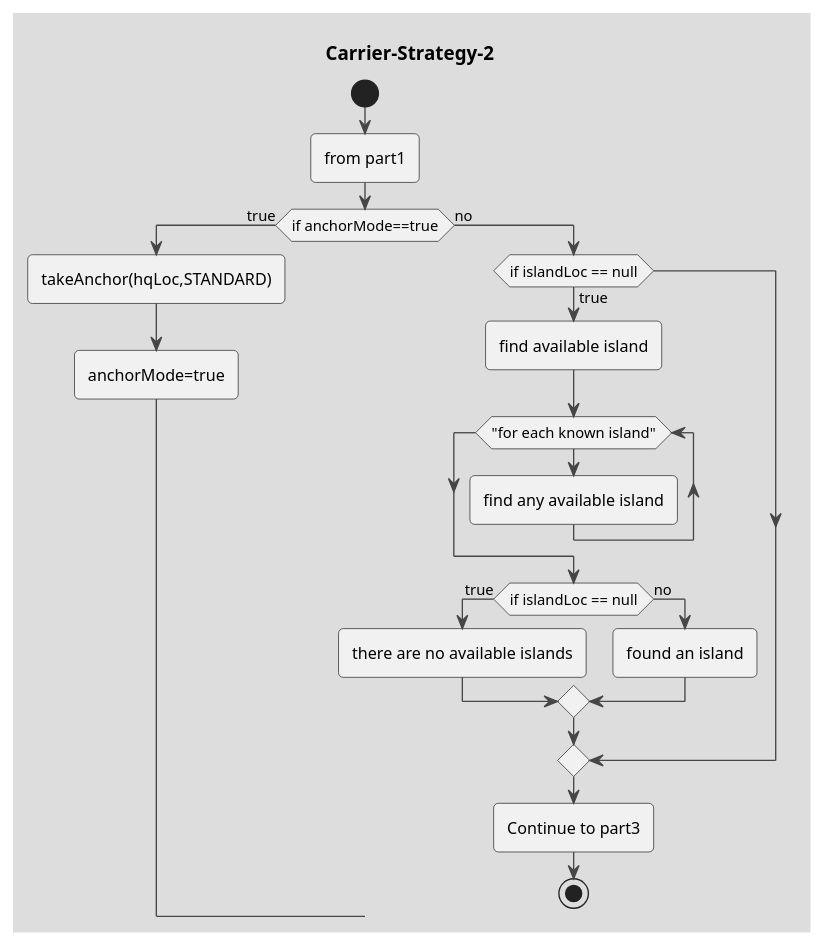
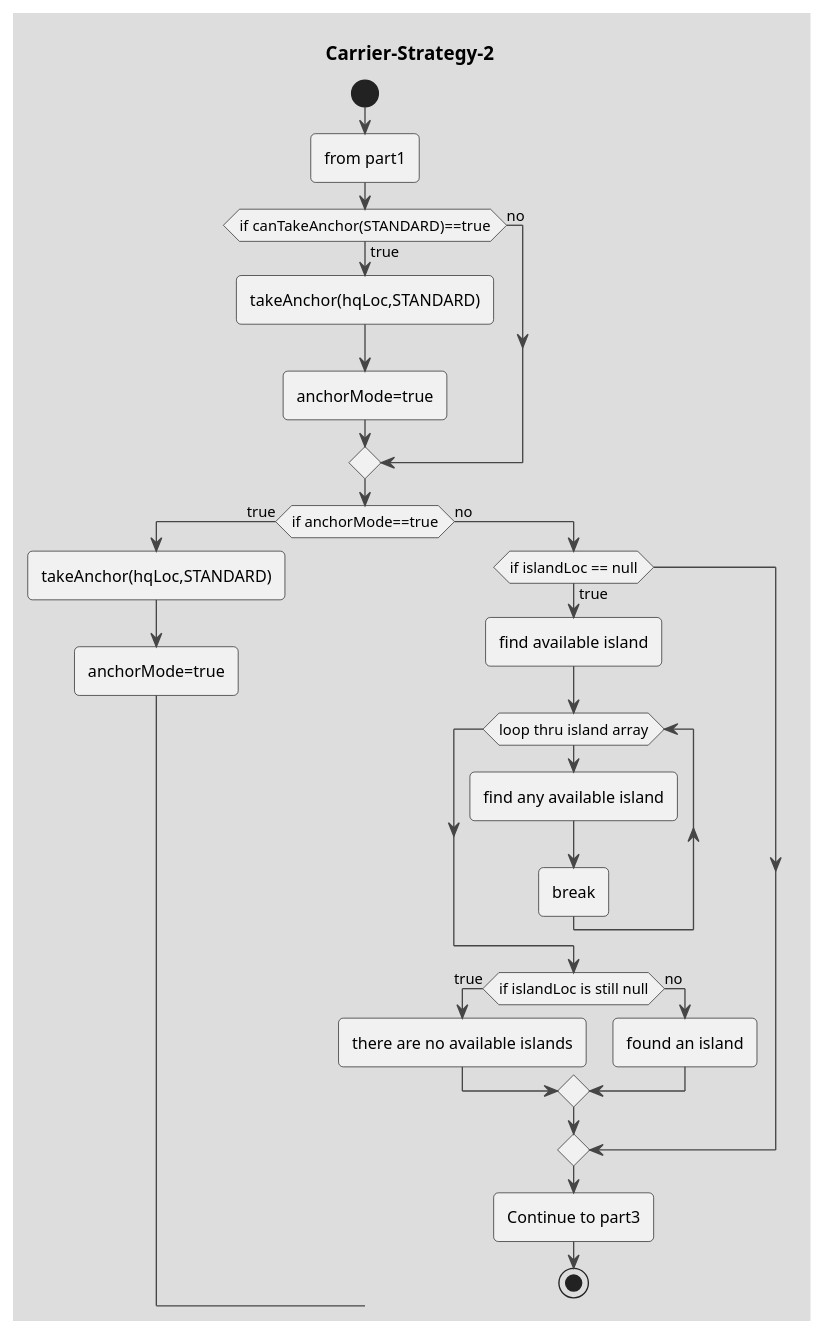
One commit to coding-to-music/plantuml-diagram-examples changed the diagram in drawings/Carrier-Stategy-2.puml. Above: the diagram before and after it, drawn with PlantUML. The commit also changed 3 other files, not shown here.

```diff
--- a/drawings/Carrier-Stategy-2.puml
+++ b/drawings/Carrier-Stategy-2.puml
@@ -1,26 +1,33 @@
 @startuml Carrier-Strategy-2
 !theme toy 
 title Carrier-Strategy-2
 start
 
 :from part1; 
 
+if (if canTakeAnchor(STANDARD)==true) then (true) 
+    :takeAnchor(hqLoc,STANDARD); 
+    :anchorMode=true;
+else (no)
+endif
+
 if (if anchorMode==true) then (true) 
     :takeAnchor(hqLoc,STANDARD); 
     :anchorMode=true;
 else (no)
     if(if islandLoc == null) then (true)
     :find available island;
-    while ("for each known island")
+    while (loop thru island array)
         :find any available island;
+        :break;
     endwhile  
-    if(if islandLoc == null) then (true)
+    if(if islandLoc is still null) then (true)
     :there are no available islands;
     else (no)
     :found an island;
     endif
 endif
 
 :Continue to part3; 
 stop
 @enduml
```
